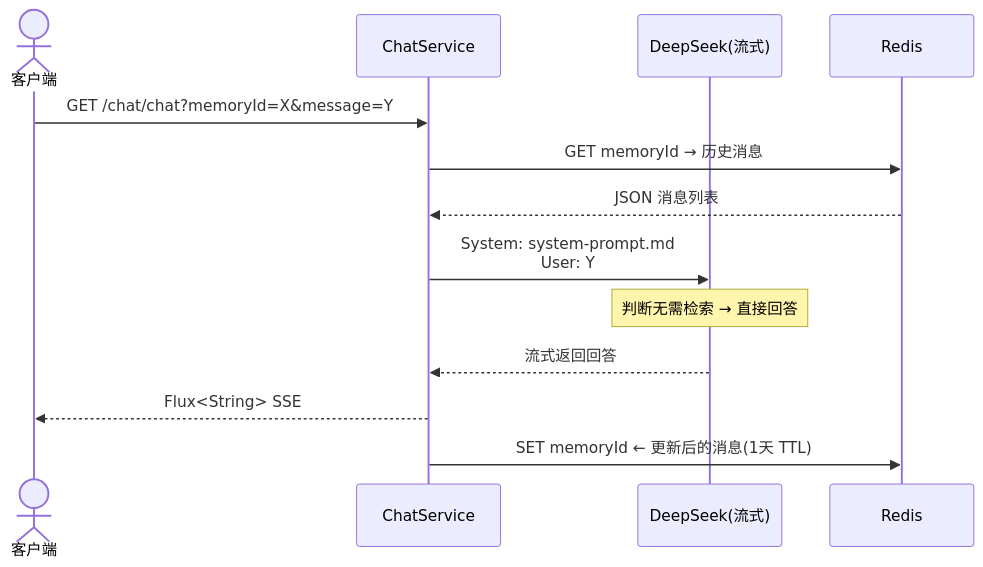
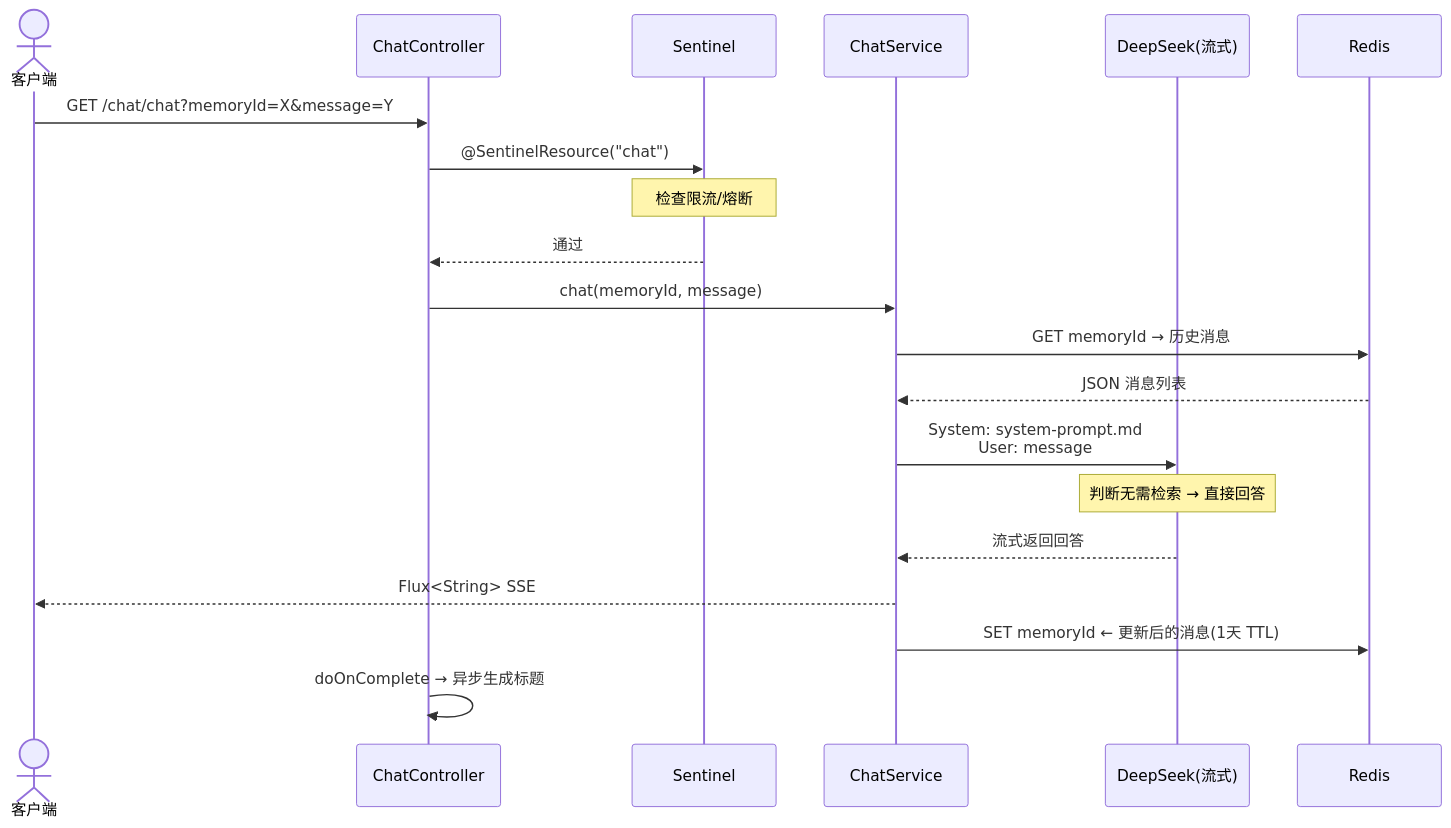
One commit to peijiarui/liar-zhiliao changed the second of 6 diagrams in zhiliao-chat/Chat请求流程.md. Above: the diagram before and after it, drawn with Mermaid. The commit also changed other lines of this file and 42 other files, not shown here.

````diff
--- a/zhiliao-chat/Chat请求流程.md
+++ b/zhiliao-chat/Chat请求流程.md
@@ -82,16 +113,25 @@
 ```mermaid
 sequenceDiagram
     actor C as 客户端
+    participant CTL as ChatController
+    participant SN as Sentinel
     participant CS as ChatService
     participant LLM as DeepSeek(流式)
     participant R as Redis
 
-    C->>CS: GET /chat/chat?memoryId=X&message=Y
+    C->>CTL: GET /chat/chat?memoryId=X&message=Y
+    CTL->>SN: @SentinelResource("chat")
+    Note over SN: 检查限流/熔断
+    SN-->>CTL: 通过
+
+    CTL->>CS: chat(memoryId, message)
     CS->>R: GET memoryId → 历史消息
     R-->>CS: JSON 消息列表
-    CS->>LLM: System: system-prompt.md<br/>User: Y
+    CS->>LLM: System: system-prompt.md<br/>User: message
     Note over LLM: 判断无需检索 → 直接回答
     LLM-->>CS: 流式返回回答
     CS-->>C: Flux<String> SSE
     CS->>R: SET memoryId ← 更新后的消息(1天 TTL)
+
+    CTL->>CTL: doOnComplete → 异步生成标题
 ```
````
